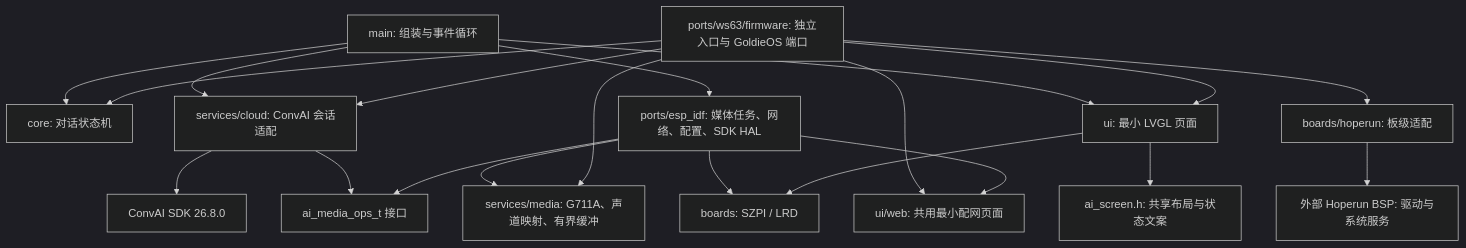
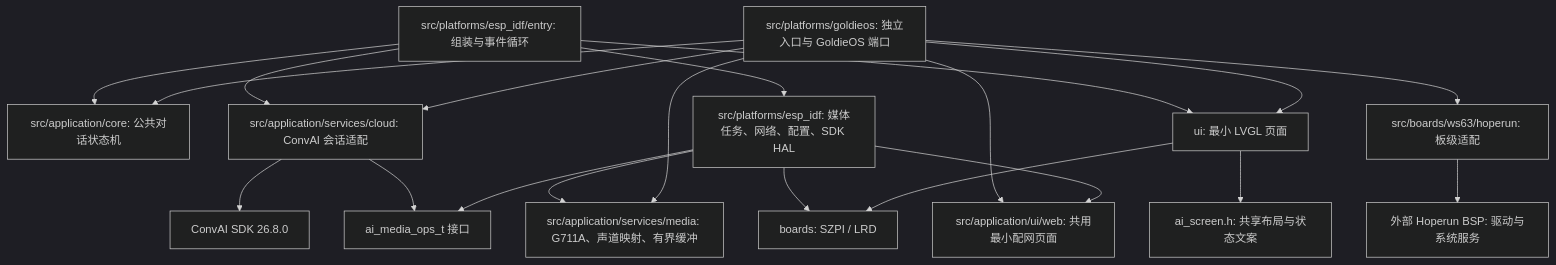
The diagram in README.md (dbwu/ai-hardware-agent-examples), drawn with Mermaid (dark theme) before and after one commit. The commit also changed other lines of this file and 244 other files, not shown here.

````diff
--- a/README.md
+++ b/README.md
@@ -23,22 +40,22 @@
 ```mermaid
 flowchart TD
-    Main[main: 组装与事件循环] --> Core[core: 对话状态机]
-    Main --> Cloud[services/cloud: ConvAI 会话适配]
-    Main --> Port[ports/esp_idf: 媒体任务、网络、配置、SDK HAL]
+    Main[src/platforms/esp_idf/entry: 组装与事件循环] --> Core[src/application/core: 公共对话状态机]
+    Main --> Cloud[src/application/services/cloud: ConvAI 会话适配]
+    Main --> Port[src/platforms/esp_idf: 媒体任务、网络、配置、SDK HAL]
     Main --> UI[ui: 最小 LVGL 页面]
     Cloud --> SDK[ConvAI SDK 26.8.0]
     Cloud --> MediaOps[ai_media_ops_t 接口]
     Port --> MediaOps
-    Port --> Media[services/media: G711A、声道映射、有界缓冲]
+    Port --> Media[src/application/services/media: G711A、声道映射、有界缓冲]
     Port --> Board[boards: SZPI / LRD]
     UI --> Board
-    WS[ports/ws63/firmware: 独立入口与 GoldieOS 端口] --> Core
+    WS[src/platforms/goldieos: 独立入口与 GoldieOS 端口] --> Core
     WS --> Cloud
     WS --> Media
-    WS --> HB[boards/hoperun: 板级适配]
+    WS --> HB[src/boards/ws63/hoperun: 板级适配]
     HB --> BSP[外部 Hoperun BSP: 驱动与系统服务]
     UI --> Screen[ai_screen.h: 共享布局与状态文案]
     WS --> UI
-    WS --> Web[ui/web: 共用最小配网页面]
+    WS --> Web[src/application/ui/web: 共用最小配网页面]
     Port --> Web
 ```
````
